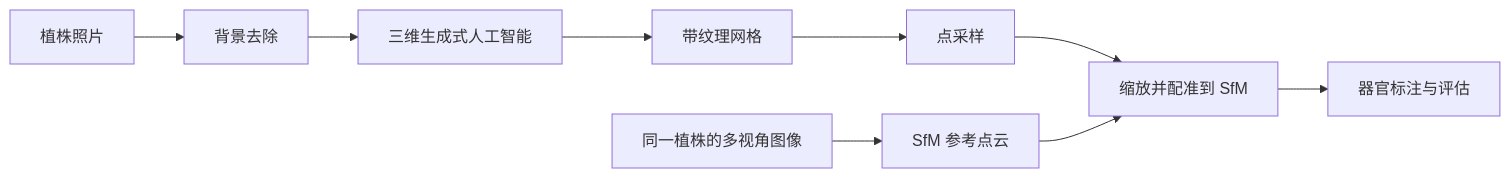
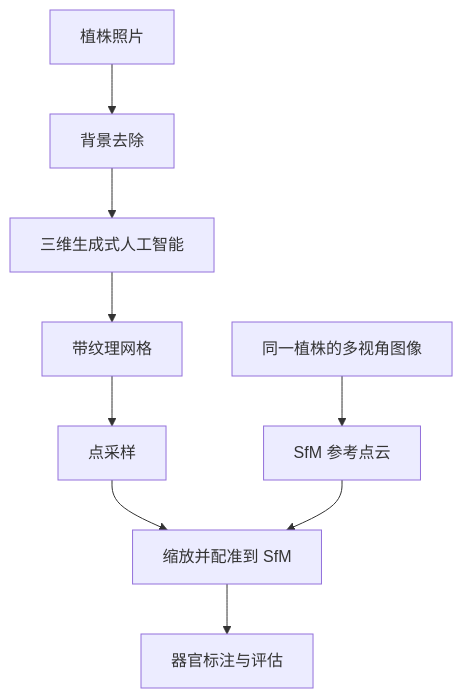
One commit to smiler488/smiler488.github.io changed the diagram in i18n/zh-Hans/docusaurus-plugin-content-blog/2025-02-20-generative-ai-3d-plant-reconstruction.md. Above: the diagram before and after it, drawn with Mermaid. The commit also changed 10 other files, not shown here.

````diff
--- a/i18n/zh-Hans/docusaurus-plugin-content-blog/2025-02-20-generative-ai-3d-plant-reconstruction.md
+++ b/i18n/zh-Hans/docusaurus-plugin-content-blog/2025-02-20-generative-ai-3d-plant-reconstruction.md
@@ -27,11 +27,11 @@
 ```mermaid
-flowchart LR
+flowchart TD
   A[植株照片] --> B[背景去除]
   B --> C[三维生成式人工智能]
   C --> D[带纹理网格]
   D --> E[点采样]
   E --> F[缩放并配准到 SfM]
   G[同一植株的多视角图像] --> H[SfM 参考点云]
   H --> F
   F --> I[器官标注与评估]
 ```
````
